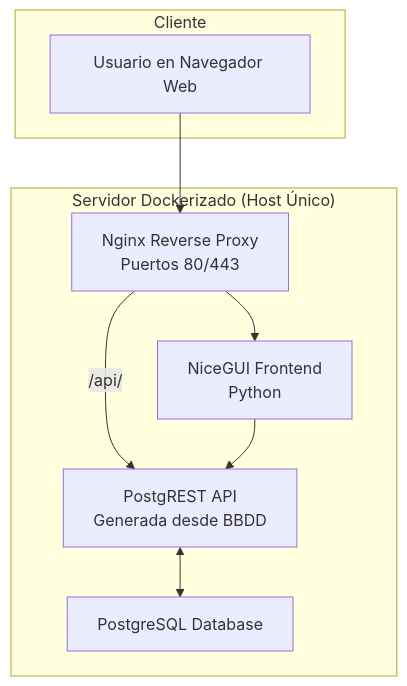
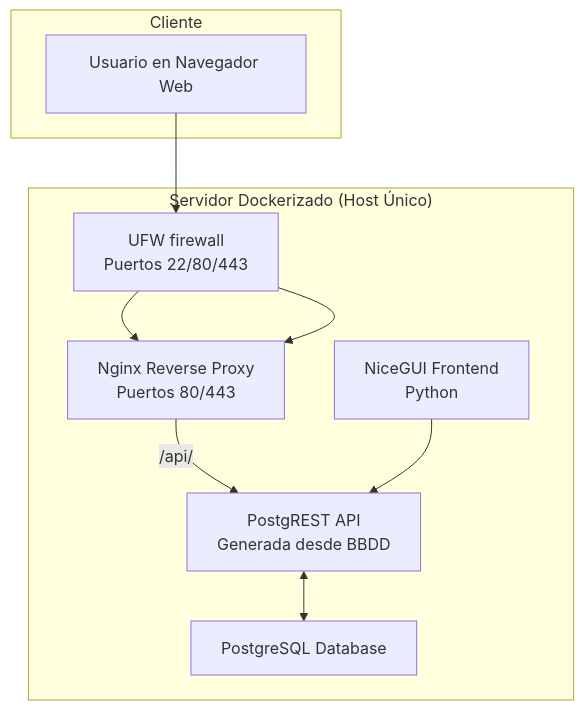
The diagram in readme.md (maiktreya/tenantsUnion), drawn with Mermaid before and after one commit. The commit also changed other lines of this file and 3 other files, not shown here.

````diff
--- a/readme.md
+++ b/readme.md
@@ -12,19 +12,21 @@
 ```mermaid
 graph TD
     subgraph "Cliente"
         A[Usuario en Navegador Web]
     end
 
     subgraph "Servidor Dockerizado (Host Único)"
-        B[Nginx Reverse Proxy <br> Puertos 80/443]
-        C[NiceGUI Frontend <br> Python]
-        D[PostgREST API <br> Generada desde BBDD]
-        E[PostgreSQL Database]
+        B[UFW firewall <br> Puertos 22/80/443]
+        C[Nginx Reverse Proxy <br> Puertos 80/443]
+        D[NiceGUI Frontend <br> Python]
+        E[PostgREST API <br> Generada desde BBDD]
+        F[PostgreSQL Database]
     end
 
     A --> B
     B --> C
-    B --"/api/"--> D
-    C --> D
-    D <--> E
+    B --> C
+    C --"/api/"--> E
+    D --> E
+    E <--> F
 ```
````
